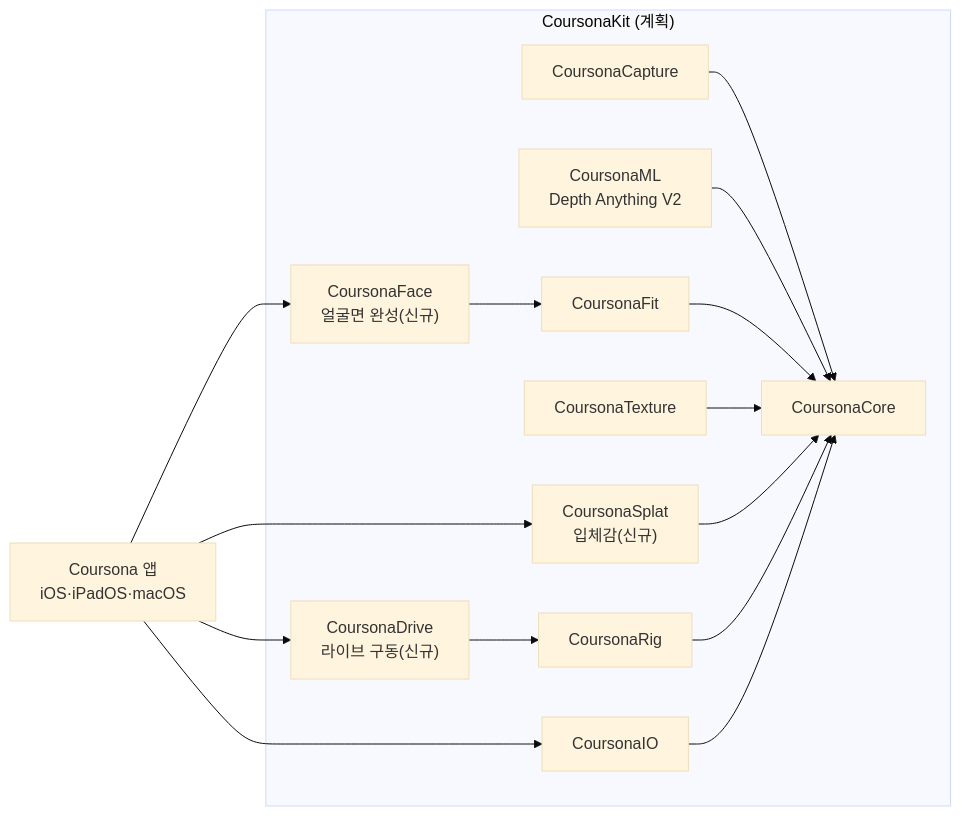
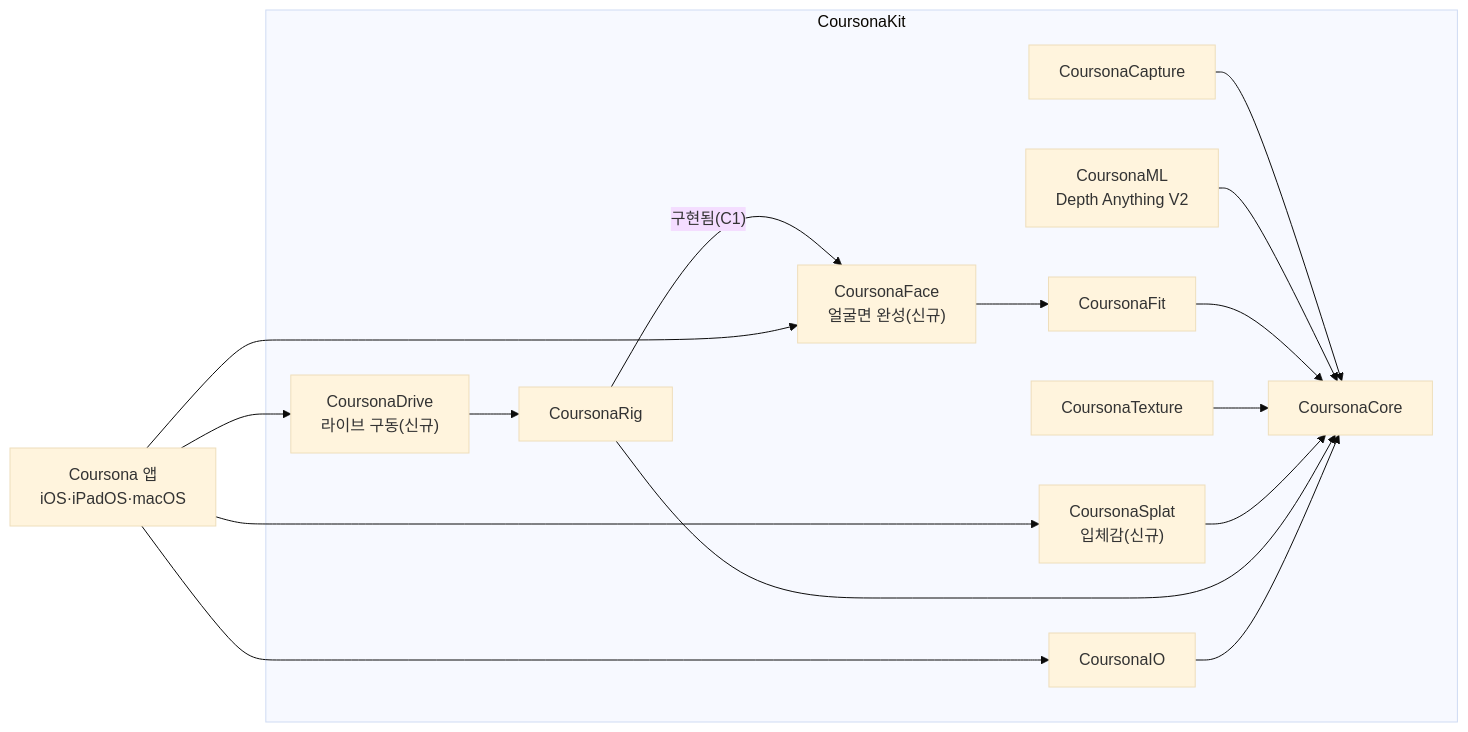
The diagram in README.md (kimminung/coursona), drawn with Mermaid (base theme) before and after one commit. The commit also changed other lines of this file and 91 other files, not shown here.

````diff
--- a/README.md
+++ b/README.md
@@ -74,30 +85,31 @@
 ```mermaid
 graph LR
-    subgraph CoursonaKit["CoursonaKit (계획)"]
+    subgraph CoursonaKit["CoursonaKit"]
         Core["CoursonaCore"]
         Capture["CoursonaCapture"]
         ML["CoursonaML<br/>Depth Anything V2"]
         Fit["CoursonaFit"]
         Face["CoursonaFace<br/>얼굴면 완성(신규)"]
         Texture["CoursonaTexture"]
         Splat["CoursonaSplat<br/>입체감(신규)"]
         Rig["CoursonaRig"]
         Drive["CoursonaDrive<br/>라이브 구동(신규)"]
         IO["CoursonaIO"]
     end
     App["Coursona 앱<br/>iOS·iPadOS·macOS"]
 
     Capture --> Core
     ML --> Core
     Fit --> Core
     Face --> Fit
     Texture --> Core
     Splat --> Core
     Rig --> Core
+    Rig -->|"구현됨(C1)"| Face
     Drive --> Rig
     IO --> Core
     App --> Face
     App --> Splat
     App --> Drive
     App --> IO
 ```
````
